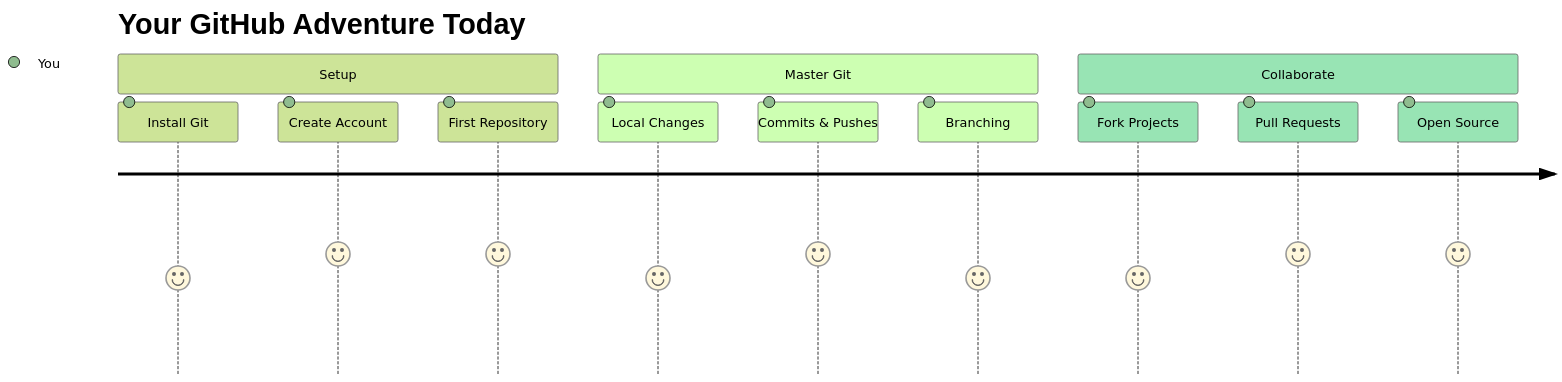
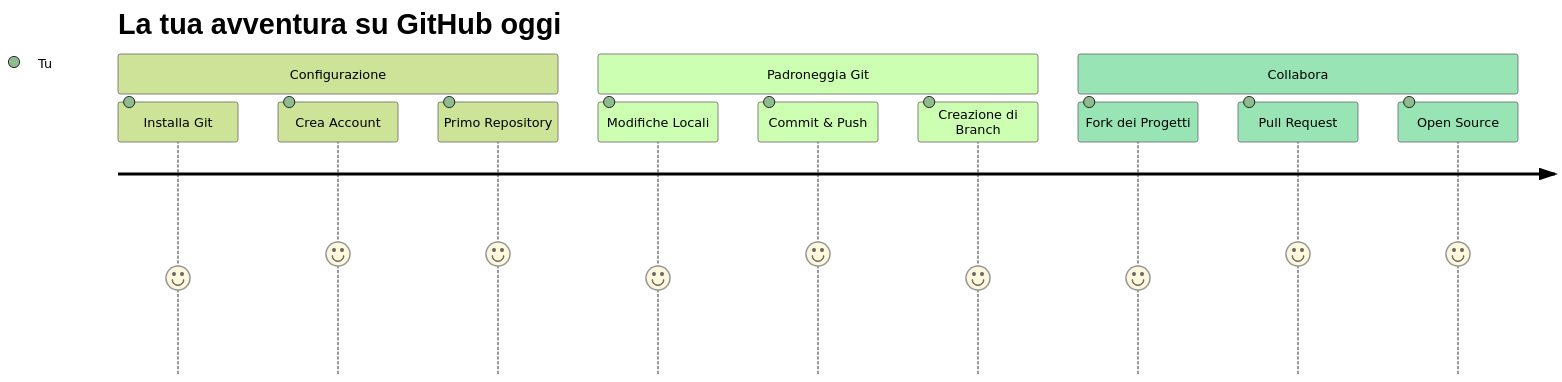
One commit to microsoft/Web-Dev-For-Beginners changed the first of 7 diagrams in translations/it/1-getting-started-lessons/2-github-basics/README.md. Above: the diagram before and after it, drawn with Mermaid (forest theme). The commit also changed other lines of this file and 17 other files, not shown here.

````diff
--- a/translations/it/1-getting-started-lessons/2-github-basics/README.md
+++ b/translations/it/1-getting-started-lessons/2-github-basics/README.md
@@ -23,16 +23,16 @@
 ```mermaid
 journey
-    title Your GitHub Adventure Today
-    section Setup
-      Install Git: 4: You
-      Create Account: 5: You
-      First Repository: 5: You
-    section Master Git
-      Local Changes: 4: You
-      Commits & Pushes: 5: You
-      Branching: 4: You
-    section Collaborate
-      Fork Projects: 4: You
-      Pull Requests: 5: You
-      Open Source: 5: You
+    title La tua avventura su GitHub oggi
+    section Configurazione
+      Installa Git: 4: Tu
+      Crea Account: 5: Tu
+      Primo Repository: 5: Tu
+    section Padroneggia Git
+      Modifiche Locali: 4: Tu
+      Commit & Push: 5: Tu
+      Creazione di Branch: 4: Tu
+    section Collabora
+      Fork dei Progetti: 4: Tu
+      Pull Request: 5: Tu
+      Open Source: 5: Tu
 ```
````
